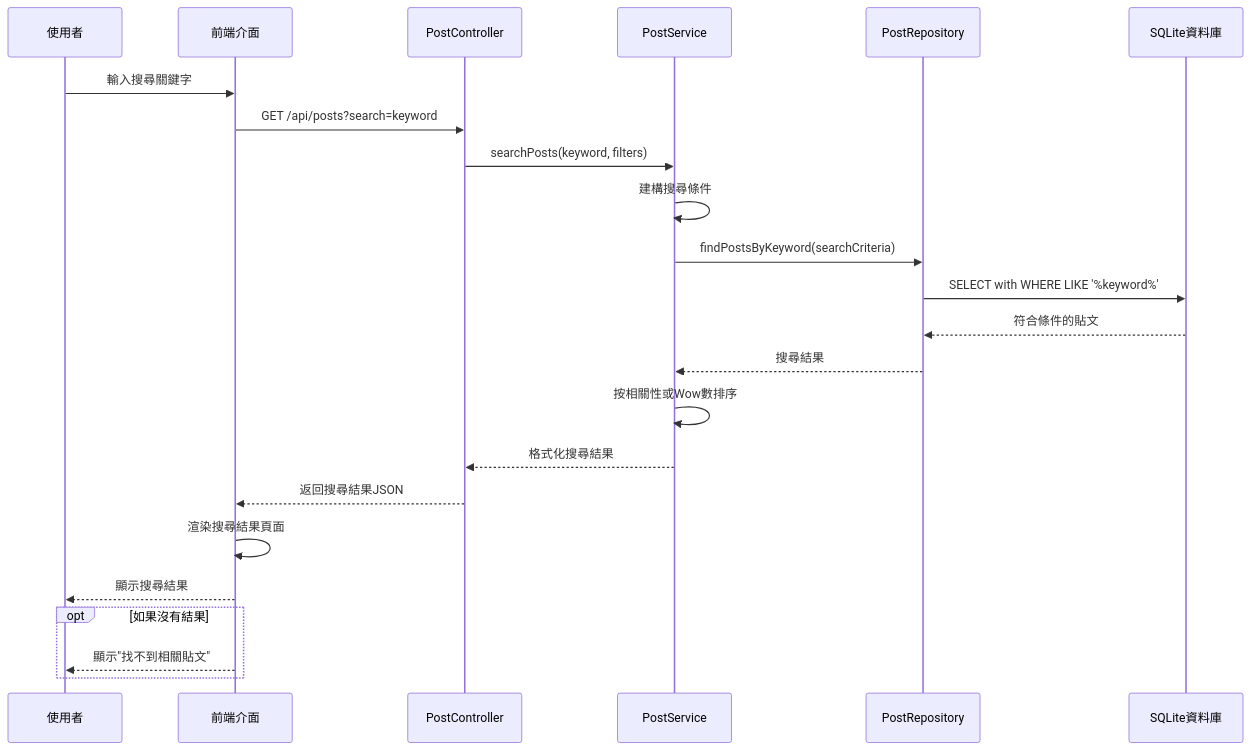
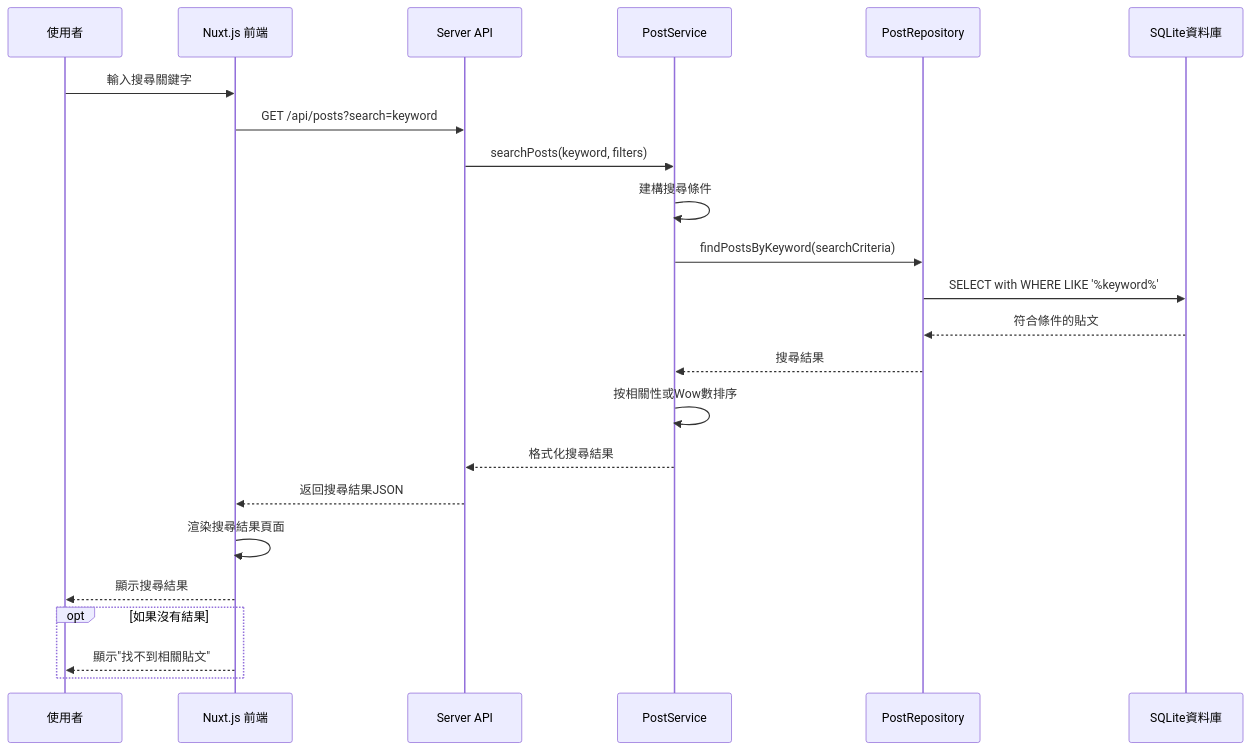
One commit to ayugioh2003/ooad-ai changed the sixth of 8 diagrams in aotter-wow-system/docs/sequence-diagram.md. Above: the diagram before and after it, drawn with Mermaid. The commit also changed other lines of this file and 3 other files, not shown here.

First line of the commit message:
Refactor architecture documentation to reflect Nuxt.js integration and update class and sequence diagrams for API handlers

````diff
--- a/aotter-wow-system/docs/sequence-diagram.md
+++ b/aotter-wow-system/docs/sequence-diagram.md
@@ -198,27 +198,27 @@
 ```mermaid
 sequenceDiagram
     participant User as 使用者
-    participant UI as 前端介面
-    participant PC as PostController
+    participant UI as Nuxt.js 前端
+    participant API as Server API
     participant PS as PostService
     participant PR as PostRepository
     participant DB as SQLite資料庫
 
     User->>UI: 輸入搜尋關鍵字
-    UI->>PC: GET /api/posts?search=keyword
-    PC->>PS: searchPosts(keyword, filters)
+    UI->>API: GET /api/posts?search=keyword
+    API->>PS: searchPosts(keyword, filters)
     PS->>PS: 建構搜尋條件
     PS->>PR: findPostsByKeyword(searchCriteria)
     PR->>DB: SELECT with WHERE LIKE '%keyword%'
     DB-->>PR: 符合條件的貼文
     PR-->>PS: 搜尋結果
     PS->>PS: 按相關性或Wow數排序
-    PS-->>PC: 格式化搜尋結果
-    PC-->>UI: 返回搜尋結果JSON
+    PS-->>API: 格式化搜尋結果
+    API-->>UI: 返回搜尋結果JSON
     UI->>UI: 渲染搜尋結果頁面
     UI-->>User: 顯示搜尋結果
 
     opt 如果沒有結果
         UI-->>User: 顯示"找不到相關貼文"
     end
 ```
````
